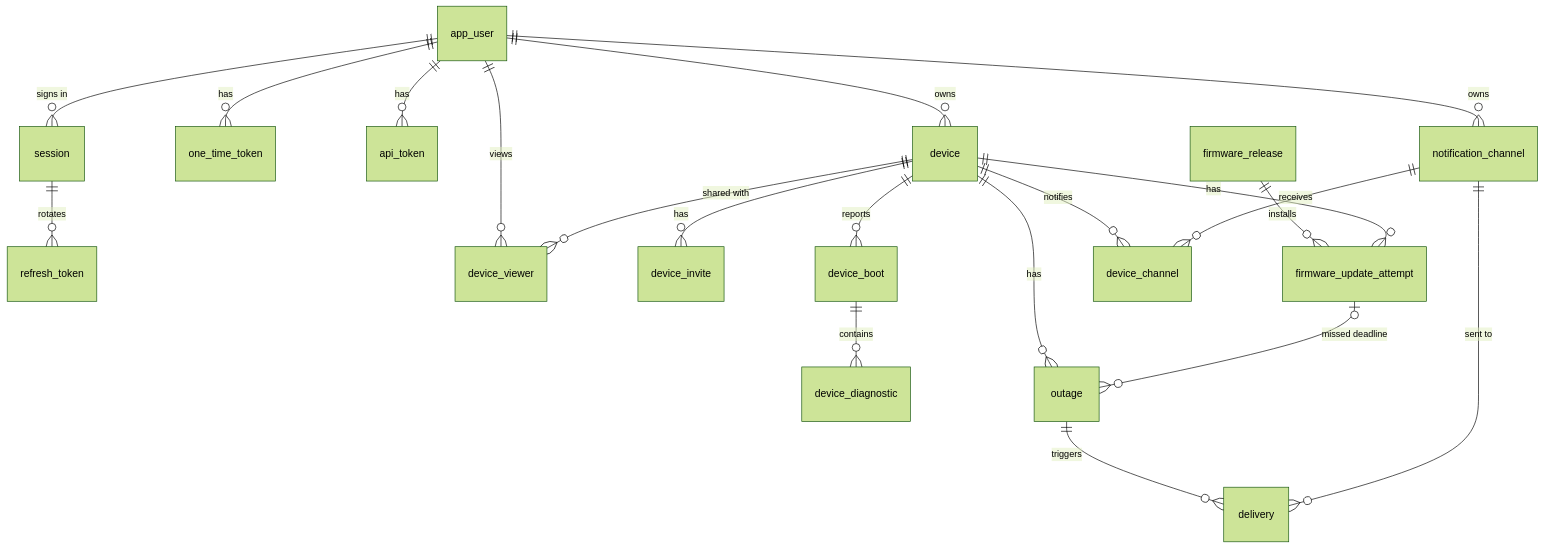
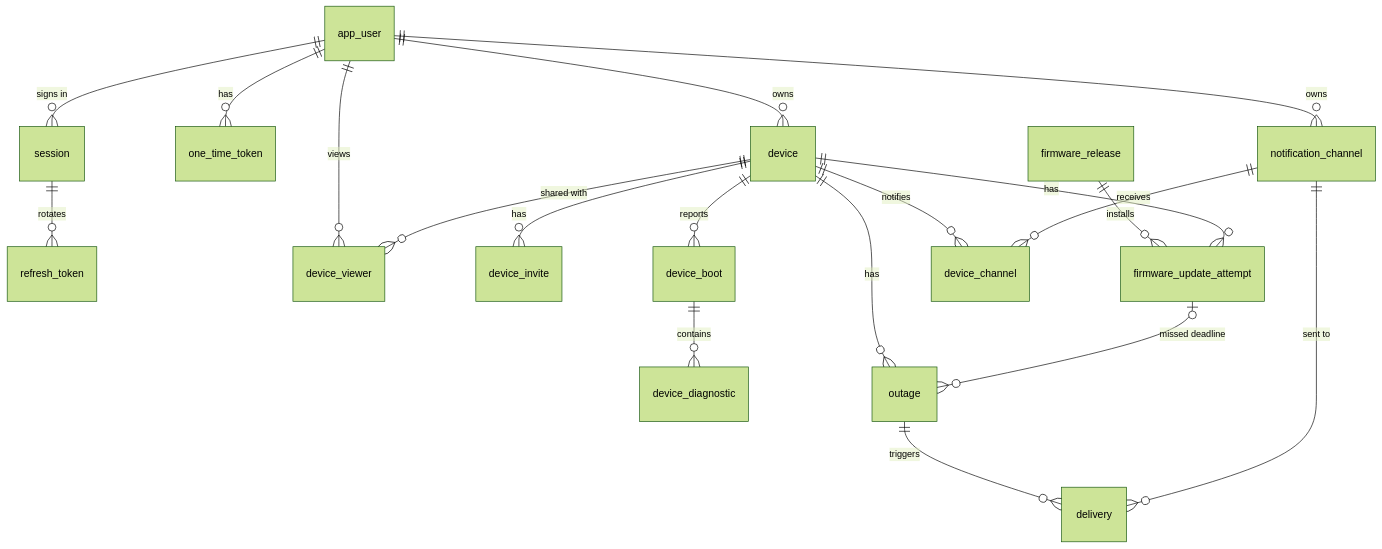
The diagram in docs/DATABASE.md (andrii-sharov/elec-monitoring), drawn with Mermaid (forest theme) before and after one commit. The commit also changed other lines of this file and 14 other files, not shown here.

````diff
--- a/docs/DATABASE.md
+++ b/docs/DATABASE.md
@@ -89,22 +88,21 @@
 ```mermaid
 erDiagram
     app_user ||--o{ session : "signs in"
     session ||--o{ refresh_token : rotates
     app_user ||--o{ one_time_token : has
-    app_user ||--o{ api_token : has
     app_user ||--o{ device : owns
     app_user ||--o{ device_viewer : views
     device ||--o{ device_viewer : "shared with"
     device ||--o{ device_invite : has
     firmware_release ||--o{ firmware_update_attempt : installs
     device ||--o{ firmware_update_attempt : has
     device ||--o{ device_boot : reports
     device_boot ||--o{ device_diagnostic : contains
     device ||--o{ outage : has
     firmware_update_attempt |o--o{ outage : "missed deadline"
     app_user ||--o{ notification_channel : owns
     device ||--o{ device_channel : notifies
     notification_channel ||--o{ device_channel : receives
     outage ||--o{ delivery : triggers
     notification_channel ||--o{ delivery : "sent to"
 ```
````
